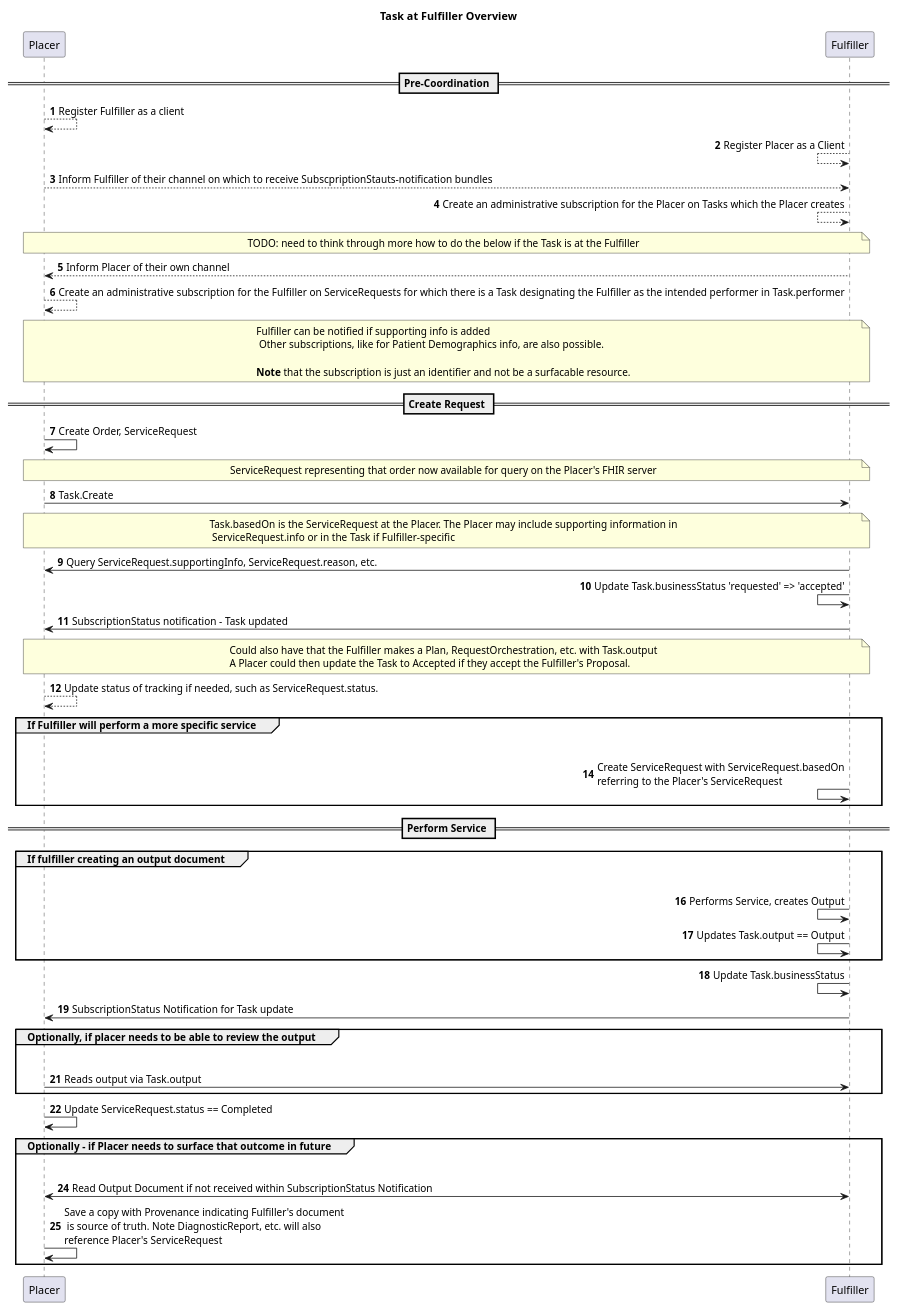
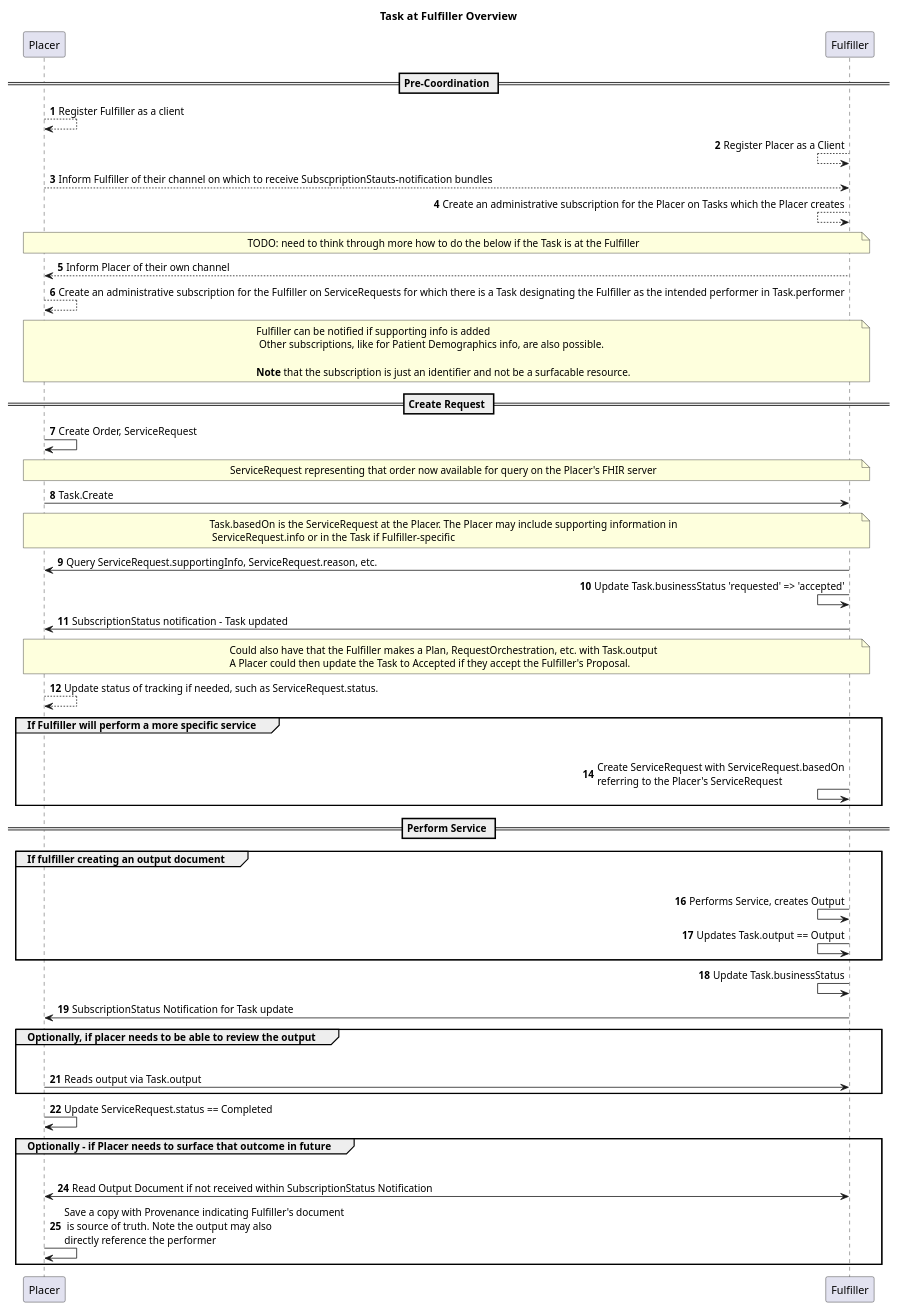
Before and after one commit to HL7/fhir-cow-ig: the diagram in input/images-source/subscriptions-general-example-task-at-fulfiller.plantuml, drawn with PlantUML.

```diff
--- a/input/images-source/subscriptions-general-example-task-at-fulfiller.plantuml
+++ b/input/images-source/subscriptions-general-example-task-at-fulfiller.plantuml
@@ -1,73 +1,73 @@
 @startuml
 title Task at Fulfiller Overview
 
 autonumber
 
 == Pre-Coordination ==
 
 Placer --> Placer: Register Fulfiller as a client
 
 Fulfiller <-- Fulfiller: Register Placer as a Client
 
 Placer --> Fulfiller: Inform Fulfiller of their channel on which to receive SubscpriptionStauts-notification bundles
 
 Fulfiller <-- Fulfiller: Create an administrative subscription for the Placer on Tasks which the Placer creates 
 
 note over Placer, Fulfiller: TODO: need to think through more how to do the below if the Task is at the Fulfiller
 Fulfiller --> Placer: Inform Placer of their own channel
 
 Placer --> Placer: Create an administrative subscription for the Fulfiller on ServiceRequests for which there is a Task designating the Fulfiller as the intended performer in Task.performer
 
 note over Placer, Fulfiller: Fulfiller can be notified if supporting info is added\n Other subscriptions, like for Patient Demographics info, are also possible.\n\n**Note** that the subscription is just an identifier and not be a surfacable resource.
 
 
 == Create Request ==
 Placer -> Placer: Create Order, ServiceRequest
 
 note over Placer, Fulfiller: ServiceRequest representing that order now available for query on the Placer's FHIR server
 
 Placer -> Fulfiller: Task.Create
 
 note over Placer, Fulfiller: Task.basedOn is the ServiceRequest at the Placer. The Placer may include supporting information in\n ServiceRequest.info or in the Task if Fulfiller-specific
 
 Fulfiller -> Placer: Query ServiceRequest.supportingInfo, ServiceRequest.reason, etc.
 
 Fulfiller <- Fulfiller: Update Task.businessStatus 'requested' => 'accepted'
 
 Fulfiller -> Placer: SubscriptionStatus notification - Task updated
 
 note over Placer, Fulfiller: Could also have that the Fulfiller makes a Plan, RequestOrchestration, etc. with Task.output\nA Placer could then update the Task to Accepted if they accept the Fulfiller's Proposal.
 
 Placer --> Placer: Update status of tracking if needed, such as ServiceRequest.status. 
 
 group If Fulfiller will perform a more specific service
     Fulfiller -[hidden]> Placer:
     Fulfiller <- Fulfiller: Create ServiceRequest with ServiceRequest.basedOn\nreferring to the Placer's ServiceRequest
 end
 
 == Perform Service ==
 
 group If fulfiller creating an output document
     Fulfiller -[hidden]> Placer:
     Fulfiller <- Fulfiller: Performs Service, creates Output
     Fulfiller <- Fulfiller: Updates Task.output == Output
 end
 
 Fulfiller <- Fulfiller: Update Task.businessStatus
 
 Fulfiller -> Placer: SubscriptionStatus Notification for Task update
 
 group Optionally, if placer needs to be able to review the output
     Fulfiller -[hidden]> Placer:
     Placer -> Fulfiller: Reads output via Task.output
 end
 
 Placer -> Placer: Update ServiceRequest.status == Completed
 
 group Optionally - if Placer needs to surface that outcome in future
     Fulfiller -[hidden]> Placer:
     Placer <-> Fulfiller: Read Output Document if not received within SubscriptionStatus Notification
-    Placer -> Placer: Save a copy with Provenance indicating Fulfiller's document\n is source of truth. Note DiagnosticReport, etc. will also\nreference Placer's ServiceRequest
+    Placer -> Placer: Save a copy with Provenance indicating Fulfiller's document\n is source of truth. Note the output may also\ndirectly reference the performer
    
 end
 @enduml
```
